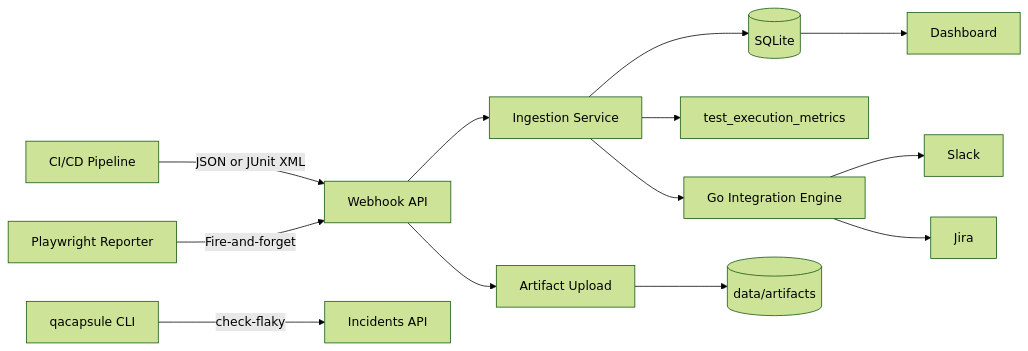
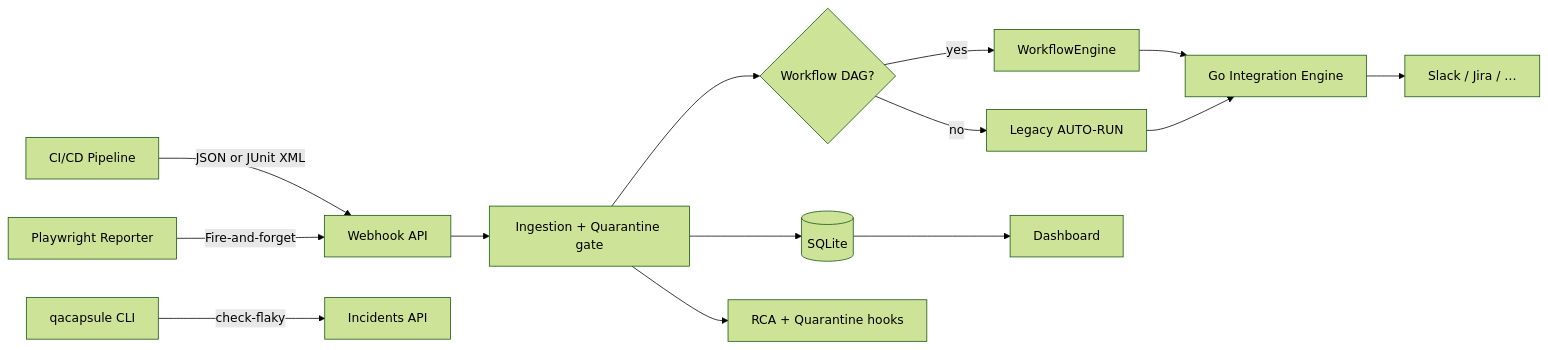
The diagram in docs/index.md (QA-Capsule/qa-capsule-community), drawn with Mermaid (forest theme) before and after one commit. The commit also changed other lines of this file and 121 other files, not shown here.

````diff
--- a/docs/index.md
+++ b/docs/index.md
@@ -45,15 +50,16 @@
 ```mermaid
 flowchart LR
     CI[CI/CD Pipeline] -->|JSON or JUnit XML| WH[Webhook API]
     PW[Playwright Reporter] -->|Fire-and-forget| WH
     CLI[qacapsule CLI] -->|check-flaky| API[Incidents API]
-    WH --> ING[Ingestion Service]
+    WH --> ING[Ingestion + Quarantine gate]
     ING --> DB[(SQLite)]
-    ING --> MET[test_execution_metrics]
-    WH --> ART[Artifact Upload]
-    ART --> STORE[(data/artifacts)]
+    ING --> WF{Workflow DAG?}
+    WF -->|yes| WFE[WorkflowEngine]
+    WF -->|no| LEG[Legacy AUTO-RUN]
+    WFE --> PLG[Go Integration Engine]
+    LEG --> PLG
+    ING --> HOOK[RCA + Quarantine hooks]
     DB --> UI[Dashboard]
-    ING --> PLG[Go Integration Engine]
-    PLG --> Slack[Slack]
-    PLG --> Jira[Jira]
+    PLG --> Slack[Slack / Jira / …]
 ```
````
